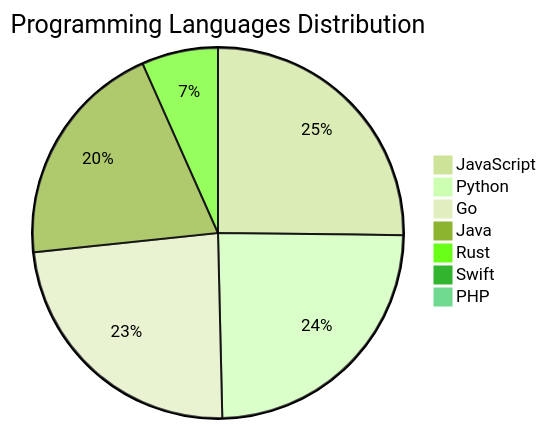
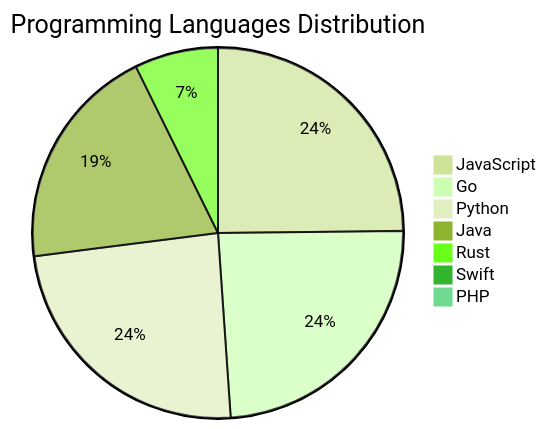
One commit to Derrick-MUGISHA/github-activity-bot changed the diagram in README.md. Above: the diagram before and after it, drawn with Mermaid (forest theme). The commit also changed other lines of this file and 4 other files, not shown here.

````diff
--- a/README.md
+++ b/README.md
@@ -207,10 +207,10 @@
 ```mermaid
 pie title Programming Languages Distribution
     "JavaScript" : 34
+    "Go" : 33
     "Python" : 33
-    "Go" : 32
     "Java" : 27
-    "Rust" : 9
+    "Rust" : 10
     "Swift" : 1
     "PHP" : 1
 ```
````
